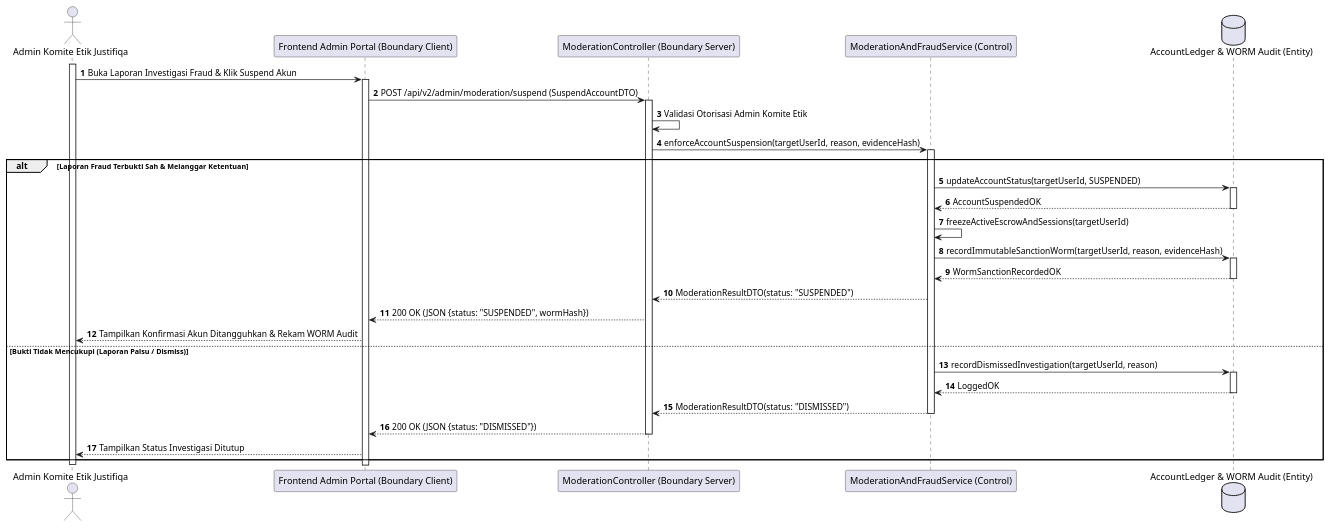
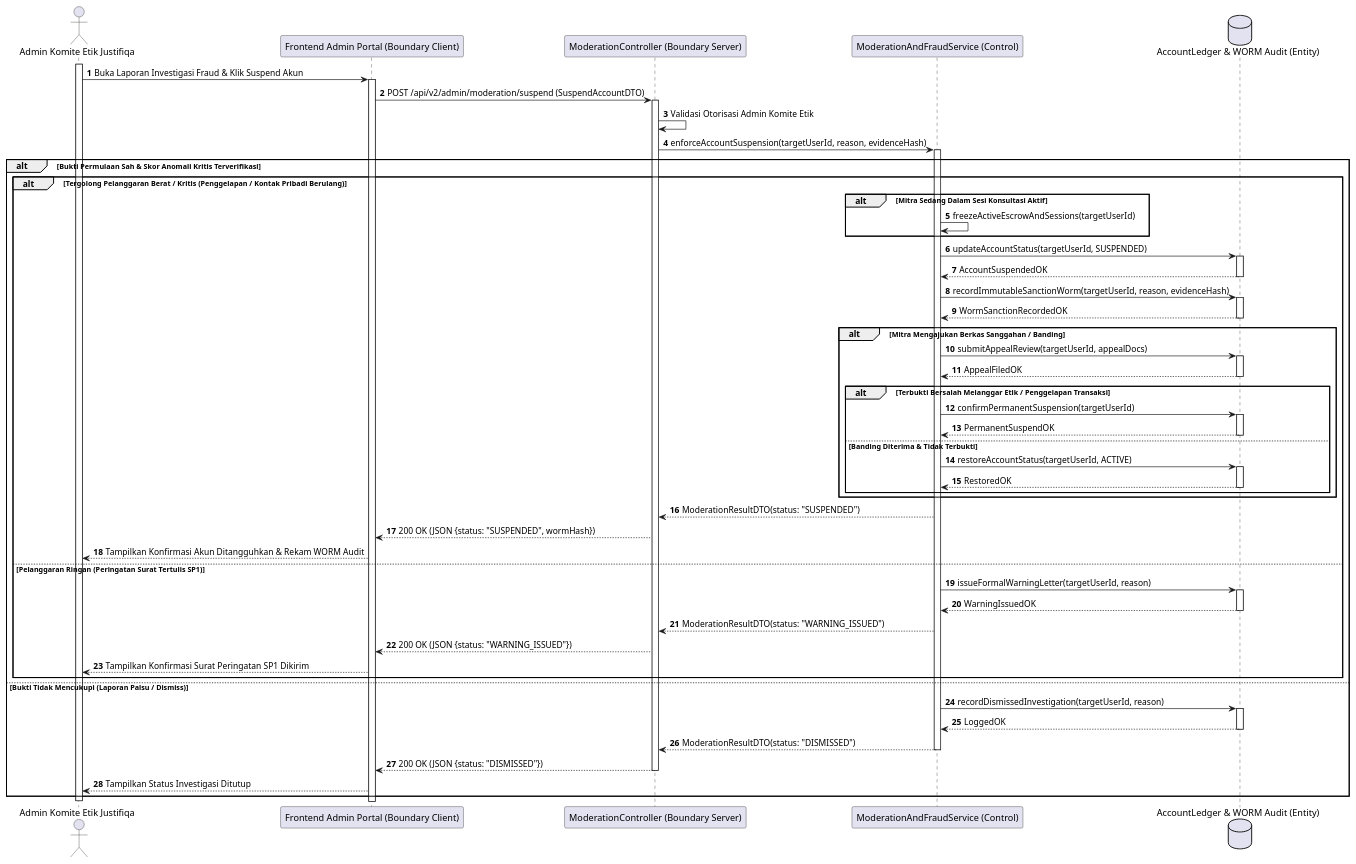
The tenth of 28 diagrams in MarkDown/plantuml_sequence_diagrams.md (tupperwureism/SuperApp-Gagal), drawn with PlantUML before and after one commit. The commit also changed other lines of this file and 1 other file, not shown here.

Commit message:
docs: Deep 1-to-1 logical synchronization across all 28 Sequence Diagrams with AD branches

````diff
--- a/MarkDown/plantuml_sequence_diagrams.md
+++ b/MarkDown/plantuml_sequence_diagrams.md
@@ -580,34 +634,57 @@
 ```plantuml
 @startuml
 autonumber
 actor "Admin Komite Etik Justifiqa" as User
 participant "Frontend Admin Portal (Boundary Client)" as B_FE
 participant "ModerationController (Boundary Server)" as B_BE
 participant "ModerationAndFraudService (Control)" as C_Svc
 database "AccountLedger & WORM Audit (Entity)" as E_DB
 
 activate User
 User -> B_FE ++ : Buka Laporan Investigasi Fraud & Klik Suspend Akun
 B_FE -> B_BE ++ : POST /api/v2/admin/moderation/suspend (SuspendAccountDTO)
 B_BE -> B_BE : Validasi Otorisasi Admin Komite Etik
 B_BE -> C_Svc ++ : enforceAccountSuspension(targetUserId, reason, evidenceHash)
 
-alt Laporan Fraud Terbukti Sah & Melanggar Ketentuan
-    C_Svc -> E_DB ++ : updateAccountStatus(targetUserId, SUSPENDED)
-    E_DB --> C_Svc -- : AccountSuspendedOK
-    C_Svc -> C_Svc : freezeActiveEscrowAndSessions(targetUserId)
-    C_Svc -> E_DB ++ : recordImmutableSanctionWorm(targetUserId, reason, evidenceHash)
-    E_DB --> C_Svc -- : WormSanctionRecordedOK
-    C_Svc --> B_BE : ModerationResultDTO(status: "SUSPENDED")
-    B_BE --> B_FE : 200 OK (JSON {status: "SUSPENDED", wormHash})
-    B_FE --> User : Tampilkan Konfirmasi Akun Ditangguhkan & Rekam WORM Audit
+alt Bukti Permulaan Sah & Skor Anomali Kritis Terverifikasi
+    alt Tergolong Pelanggaran Berat / Kritis (Penggelapan / Kontak Pribadi Berulang)
+        alt Mitra Sedang Dalam Sesi Konsultasi Aktif
+            C_Svc -> C_Svc : freezeActiveEscrowAndSessions(targetUserId)
+        end
+        C_Svc -> E_DB ++ : updateAccountStatus(targetUserId, SUSPENDED)
+        E_DB --> C_Svc -- : AccountSuspendedOK
+        C_Svc -> E_DB ++ : recordImmutableSanctionWorm(targetUserId, reason, evidenceHash)
+        E_DB --> C_Svc -- : WormSanctionRecordedOK
+
+        alt Mitra Mengajukan Berkas Sanggahan / Banding
+            C_Svc -> E_DB ++ : submitAppealReview(targetUserId, appealDocs)
+            E_DB --> C_Svc -- : AppealFiledOK
+            alt Terbukti Bersalah Melanggar Etik / Penggelapan Transaksi
+                C_Svc -> E_DB ++ : confirmPermanentSuspension(targetUserId)
+                E_DB --> C_Svc -- : PermanentSuspendOK
+            else Banding Diterima & Tidak Terbukti
+                C_Svc -> E_DB ++ : restoreAccountStatus(targetUserId, ACTIVE)
+                E_DB --> C_Svc -- : RestoredOK
+            end
+        end
+
+        C_Svc --> B_BE : ModerationResultDTO(status: "SUSPENDED")
+        B_BE --> B_FE : 200 OK (JSON {status: "SUSPENDED", wormHash})
+        B_FE --> User : Tampilkan Konfirmasi Akun Ditangguhkan & Rekam WORM Audit
+    else Pelanggaran Ringan (Peringatan Surat Tertulis SP1)
+        C_Svc -> E_DB ++ : issueFormalWarningLetter(targetUserId, reason)
+        E_DB --> C_Svc -- : WarningIssuedOK
+        C_Svc --> B_BE : ModerationResultDTO(status: "WARNING_ISSUED")
+        B_BE --> B_FE : 200 OK (JSON {status: "WARNING_ISSUED"})
+        B_FE --> User : Tampilkan Konfirmasi Surat Peringatan SP1 Dikirim
+    end
 else Bukti Tidak Mencukupi (Laporan Palsu / Dismiss)
     C_Svc -> E_DB ++ : recordDismissedInvestigation(targetUserId, reason)
     E_DB --> C_Svc -- : LoggedOK
     C_Svc --> B_BE -- : ModerationResultDTO(status: "DISMISSED")
     B_BE --> B_FE -- : 200 OK (JSON {status: "DISMISSED"})
     B_FE --> User : Tampilkan Status Investigasi Ditutup
 end
 deactivate User
 @enduml
 ```
````
